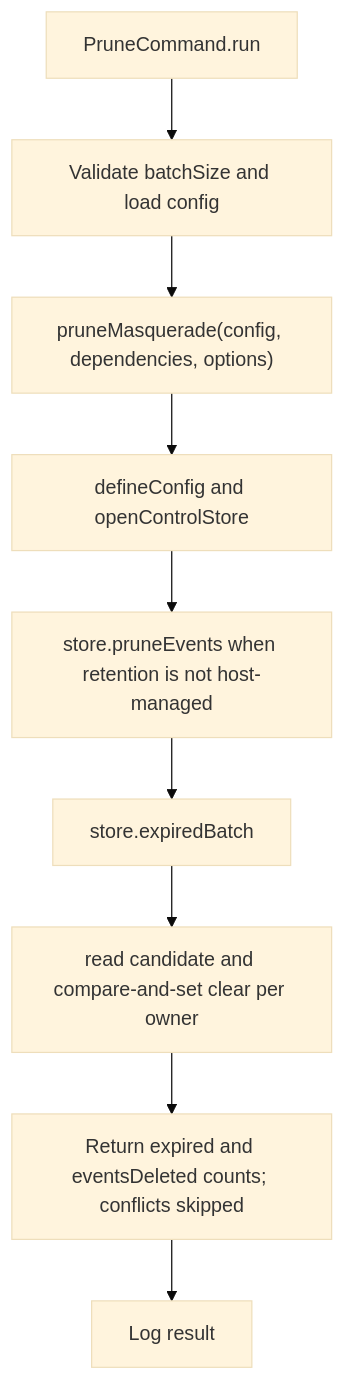
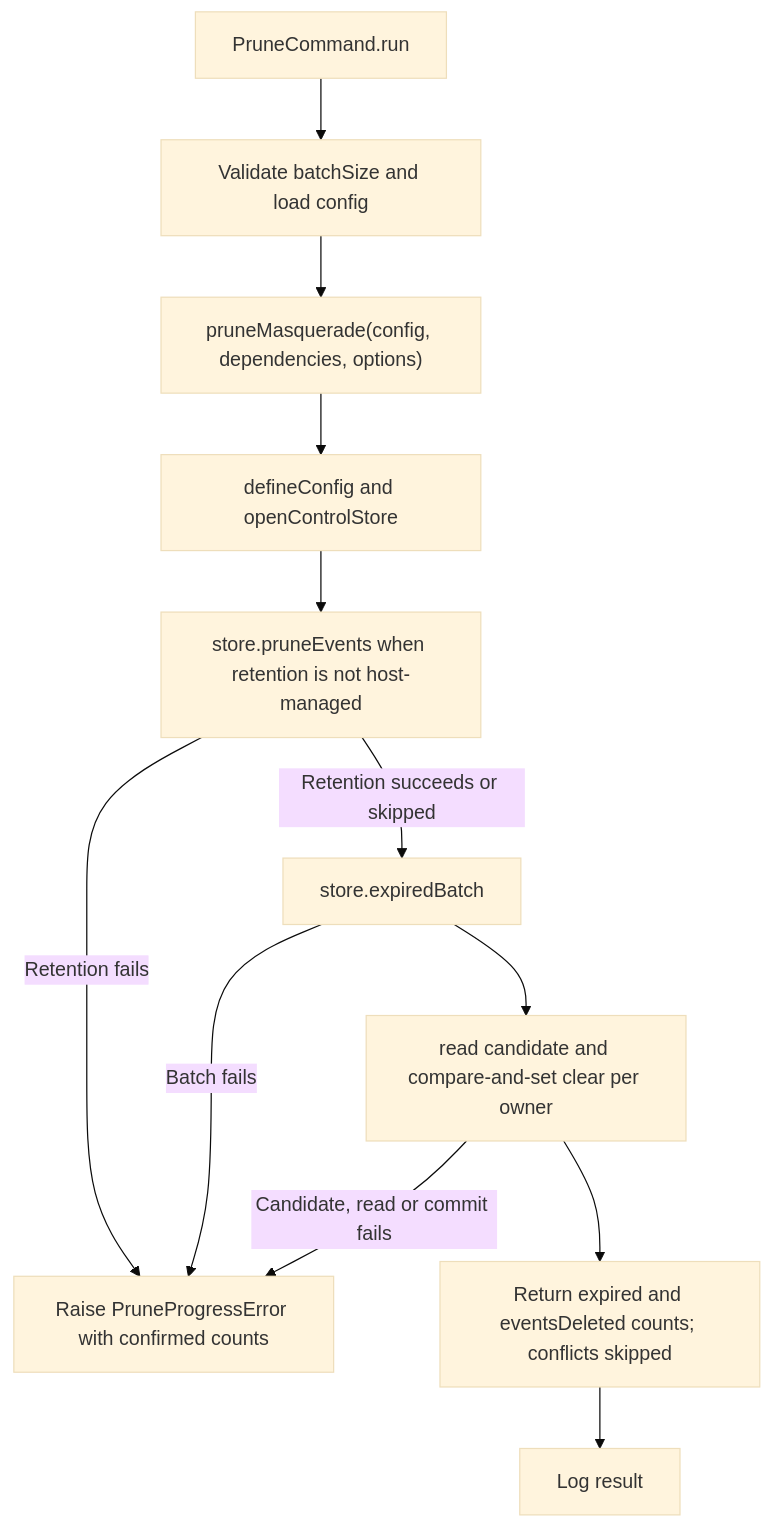
Before and after one commit to Kevinjohn/oss-adonisjs-masquerade: the second of 2 diagrams in user-stories/expire-retain-modes/us-ops-03-expire-retain-modes.md, drawn with Mermaid (base theme). The commit also changed 20 other files, not shown here.

````diff
--- a/user-stories/expire-retain-modes/us-ops-03-expire-retain-modes.md
+++ b/user-stories/expire-retain-modes/us-ops-03-expire-retain-modes.md
@@ -38,11 +38,14 @@
 ```mermaid
 flowchart TD
     A["PruneCommand.run"] --> B["Validate batchSize and load config"]
     B --> C["pruneMasquerade(config, dependencies, options)"]
     C --> D["defineConfig and openControlStore"]
     D --> E["store.pruneEvents when retention is not host-managed"]
-    E --> F["store.expiredBatch"]
+    E -->|Retention succeeds or skipped| F["store.expiredBatch"]
+    E -->|Retention fails| X["Raise PruneProgressError with confirmed counts"]
+    F -->|Batch fails| X
     F --> G["read candidate and compare-and-set clear per owner"]
     G --> H["Return expired and eventsDeleted counts; conflicts skipped"]
+    G -->|Candidate, read or commit fails| X
     H --> I["Log result"]
 ```
````
